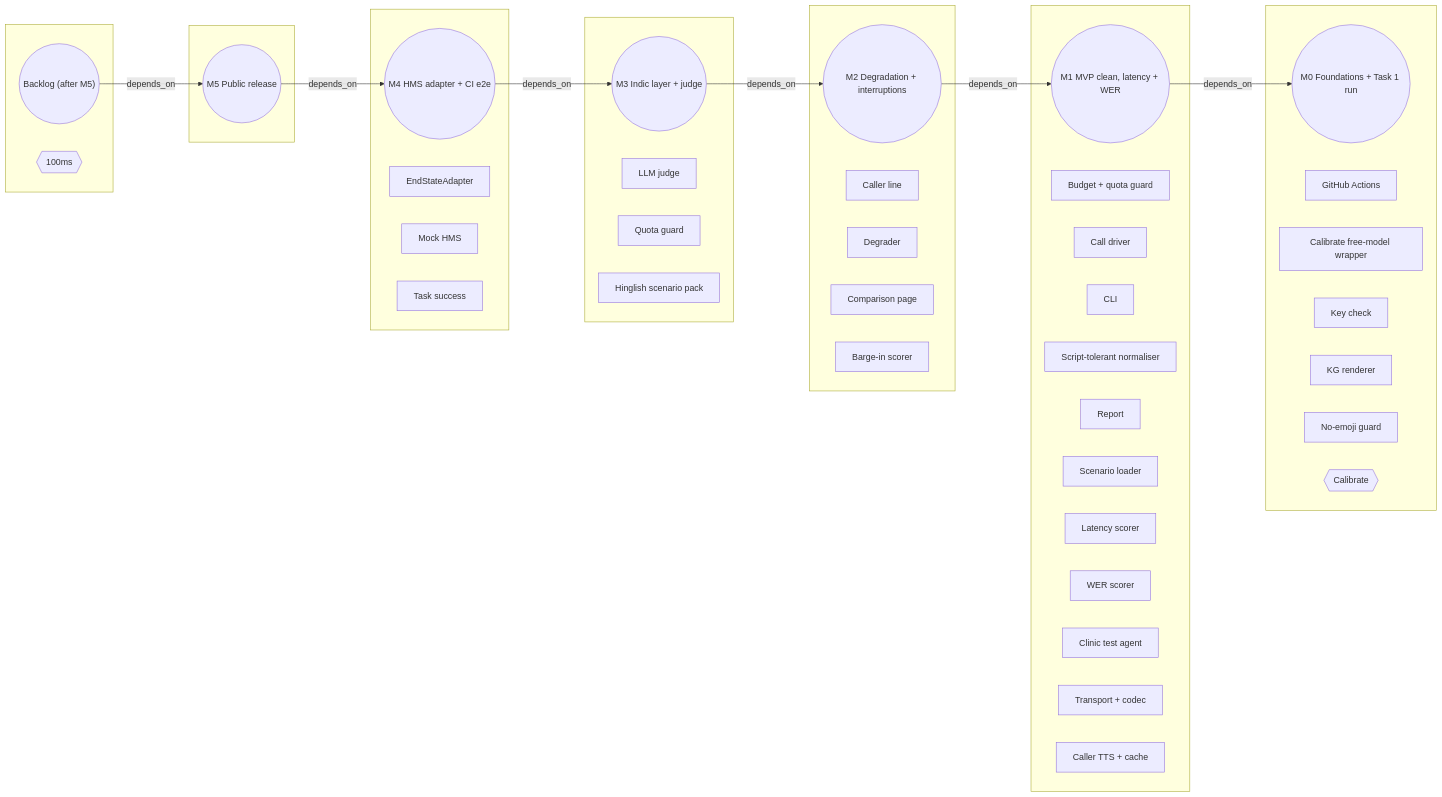
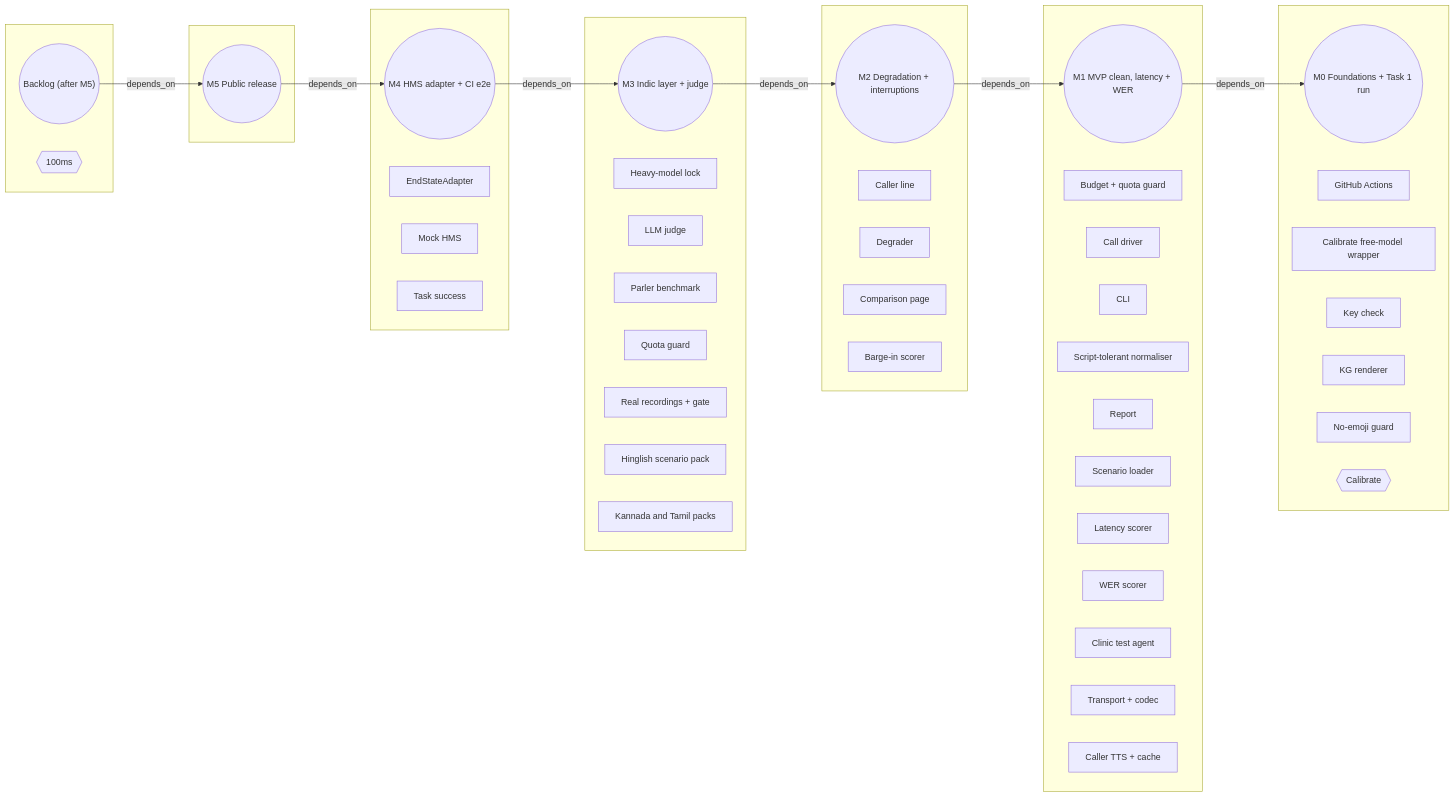
The third of 3 diagrams in docs/kg/README.md (yatinannam/parakh), drawn with Mermaid before and after one commit. The commit also changed other lines of this file and 5 other files, not shown here.

First line of the commit message:
docs: record M3b in the spec, README and knowledge graph

````diff
--- a/docs/kg/README.md
+++ b/docs/kg/README.md
@@ -245,58 +283,62 @@
 ```mermaid
 flowchart LR
   subgraph g_backlog[" "]
     backlog(("Backlog (after M5)"))
     x_100ms{{"100ms"}}
   end
   subgraph g_m0[" "]
     m0(("M0 Foundations + Task 1 run"))
     ci["GitHub Actions"]
     t_calibrate_eval["Calibrate free-model wrapper"]
     t_check_keys["Key check"]
     t_kg_render["KG renderer"]
     t_no_emoji["No-emoji guard"]
     x_calibrate{{"Calibrate"}}
   end
   subgraph g_m1[" "]
     m1(("M1 MVP clean, latency + WER"))
     budget["Budget + quota guard"]
     call_driver["Call driver"]
     cli["CLI"]
     normalizer["Script-tolerant normaliser"]
     report["Report"]
     scenario["Scenario loader"]
     score_latency["Latency scorer"]
     score_wer["WER scorer"]
     test_agent["Clinic test agent"]
     transport_codec["Transport + codec"]
     tts_cache["Caller TTS + cache"]
   end
   subgraph g_m2[" "]
     m2(("M2 Degradation + interruptions"))
     caller_line["Caller line"]
     degrader["Degrader"]
     report_compare["Comparison page"]
     score_bargein["Barge-in scorer"]
   end
   subgraph g_m3[" "]
     m3(("M3 Indic layer + judge"))
+    heavy_lock["Heavy-model lock"]
     judge["LLM judge"]
+    parler_bench["Parler benchmark"]
     quota["Quota guard"]
+    recordings["Real recordings + gate"]
     scenario_pack["Hinglish scenario pack"]
+    scenario_pack_kn_ta["Kannada and Tamil packs"]
   end
   subgraph g_m4[" "]
     m4(("M4 HMS adapter + CI e2e"))
     end_state_adapter["EndStateAdapter"]
     mock_hms["Mock HMS"]
     score_task["Task success"]
   end
   subgraph g_m5[" "]
     m5(("M5 Public release"))
   end
   backlog -->|depends_on| m5
   m1 -->|depends_on| m0
   m2 -->|depends_on| m1
   m3 -->|depends_on| m2
   m4 -->|depends_on| m3
   m5 -->|depends_on| m4
 ```
````
